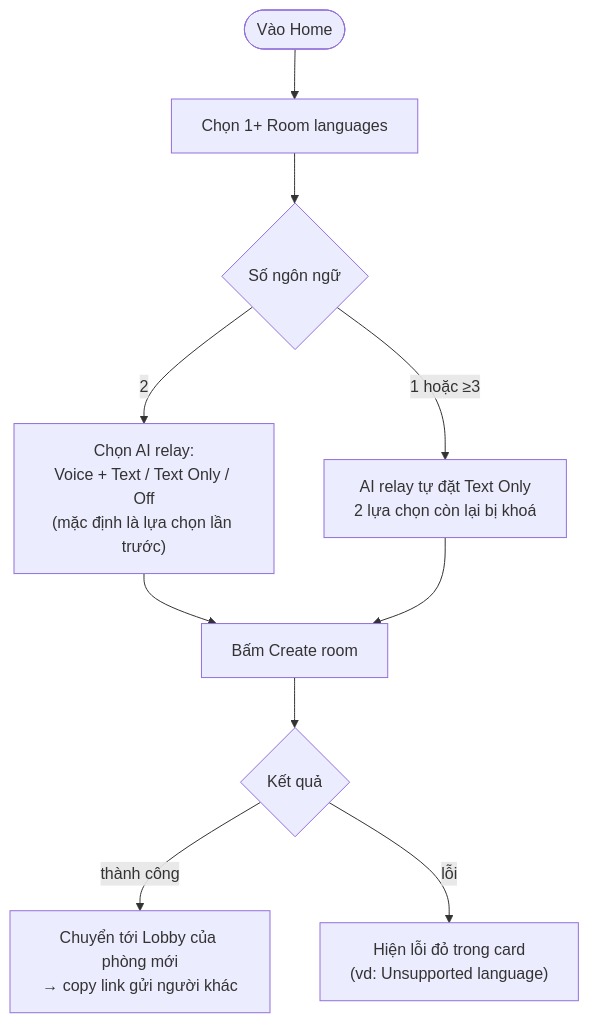
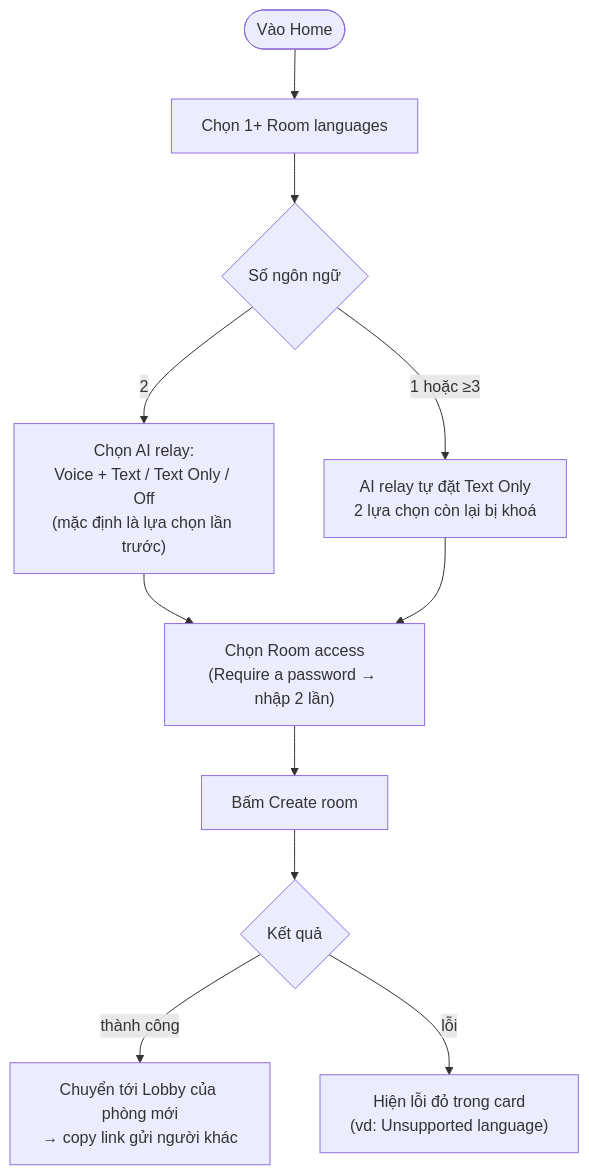
The third of 8 diagrams in docs/system-design/03-product-features-and-workflows.md (Huy-8bit/MeetQ), drawn with Mermaid before and after one commit. The commit also changed other lines of this file and 13 other files, not shown here.

````diff
--- a/docs/system-design/03-product-features-and-workflows.md
+++ b/docs/system-design/03-product-features-and-workflows.md
@@ -282,12 +304,13 @@
 ```mermaid
 flowchart TD
     A(["Vào Home"]) --> B["Chọn 1+ Room languages"]
     B --> C{"Số ngôn ngữ"}
     C -- "2" --> D["Chọn AI relay:<br/>Voice + Text / Text Only / Off<br/>(mặc định là lựa chọn lần trước)"]
     C -- "1 hoặc ≥3" --> E["AI relay tự đặt Text Only<br/>2 lựa chọn còn lại bị khoá"]
-    D --> F["Bấm Create room"]
-    E --> F
+    D --> P["Chọn Room access<br/>(Require a password → nhập 2 lần)"]
+    E --> P
+    P --> F["Bấm Create room"]
     F --> G{"Kết quả"}
     G -- "thành công" --> H["Chuyển tới Lobby của phòng mới<br/>→ copy link gửi người khác"]
     G -- "lỗi" --> I["Hiện lỗi đỏ trong card<br/>(vd: Unsupported language)"]
 ```
````
